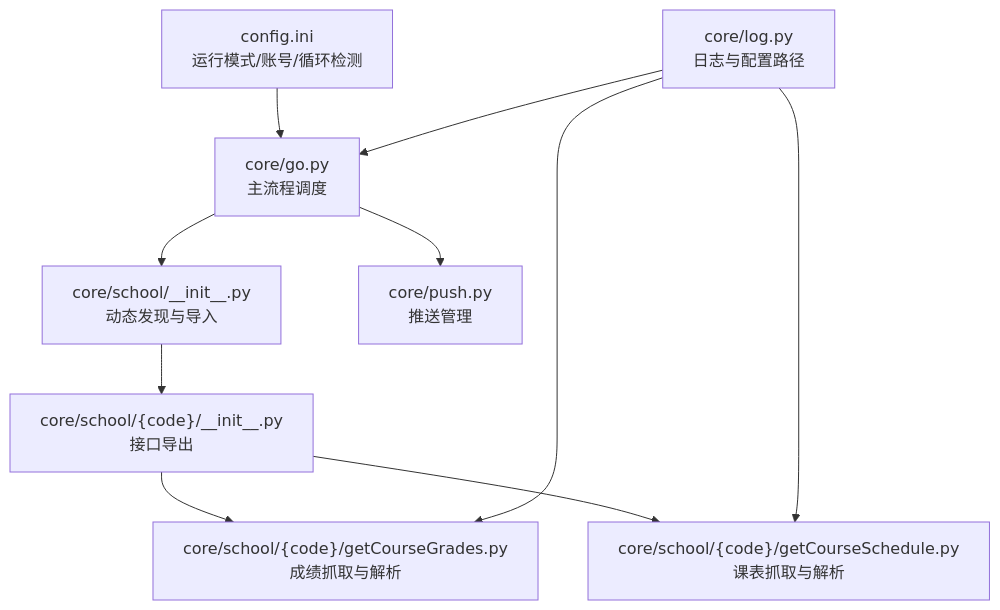
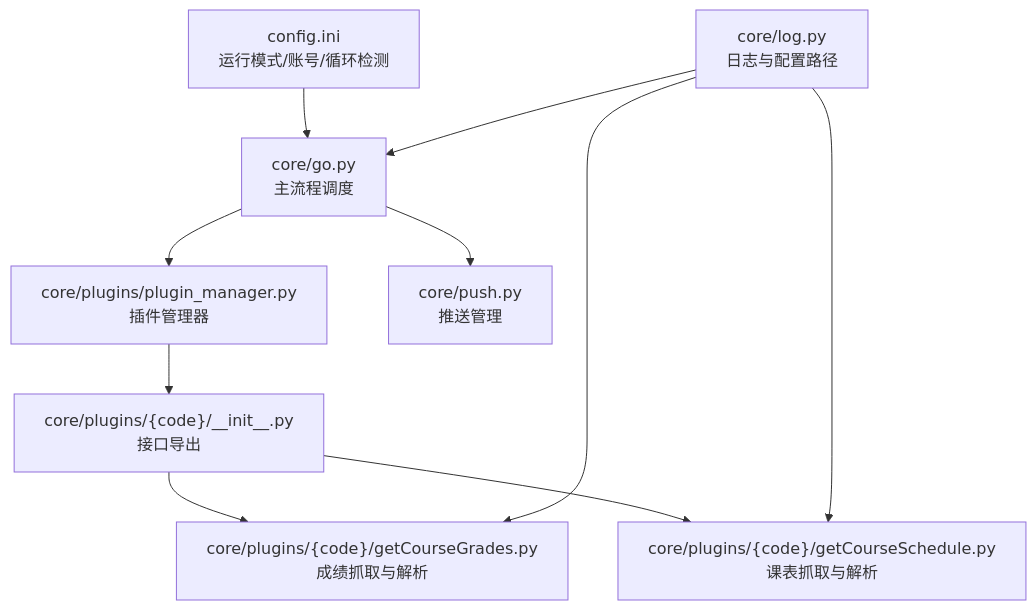
Before and after one commit to pjnt9372/Capture_Push: the first of 3 diagrams in .wiki/zh/content/API 参考文档/院校模块 API/扩展开发指南.md, drawn with Mermaid. The commit also changed other lines of this file and 37 other files, not shown here.

````diff
--- a/.wiki/zh/content/API 参考文档/院校模块 API/扩展开发指南.md
+++ b/.wiki/zh/content/API 参考文档/院校模块 API/扩展开发指南.md
@@ -41,12 +39,12 @@
 ```mermaid
 graph TB
-A["core/school/__init__.py<br/>动态发现与导入"] --> B["core/school/{code}/__init__.py<br/>接口导出"]
-B --> C["core/school/{code}/getCourseGrades.py<br/>成绩抓取与解析"]
-B --> D["core/school/{code}/getCourseSchedule.py<br/>课表抓取与解析"]
-E["core/go.py<br/>主流程调度"] --> A
+PM["core/plugins/plugin_manager.py<br/>插件管理器"] --> B["core/plugins/{code}/__init__.py<br/>接口导出"]
+B --> C["core/plugins/{code}/getCourseGrades.py<br/>成绩抓取与解析"]
+B --> D["core/plugins/{code}/getCourseSchedule.py<br/>课表抓取与解析"]
+E["core/go.py<br/>主流程调度"] --> PM
 E --> F["core/push.py<br/>推送管理"]
 G["config.ini<br/>运行模式/账号/循环检测"] --> E
 H["core/log.py<br/>日志与配置路径"] --> E
 H --> C
 H --> D
 ```
````
